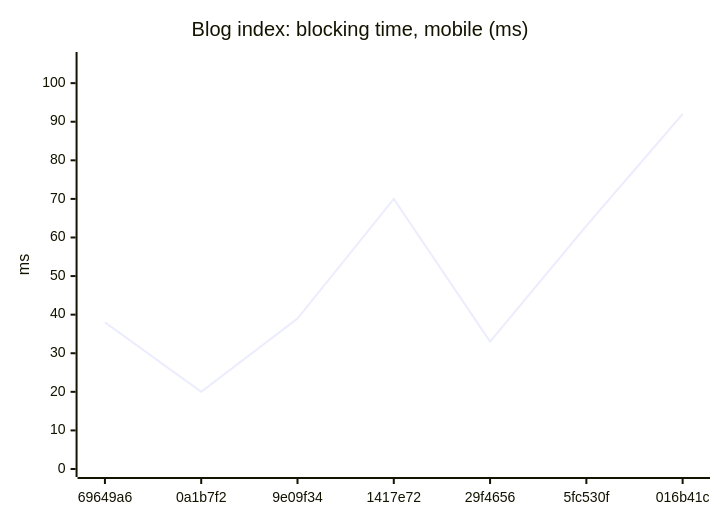
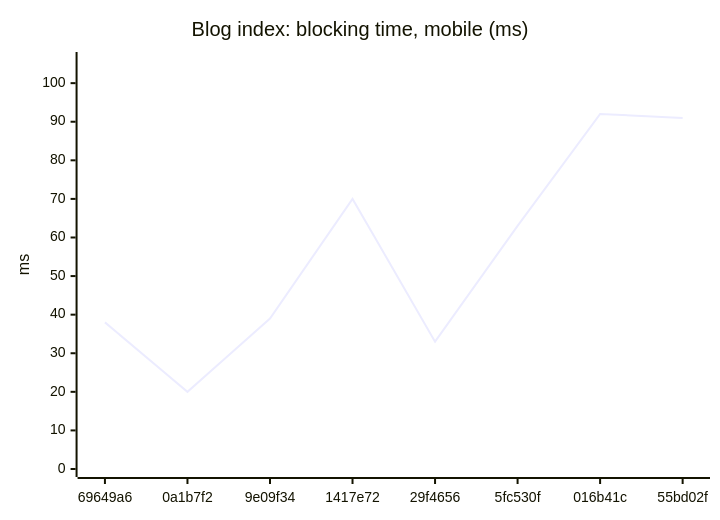
The fourth of 18 diagrams in README.md (AxelUser/maltsev.space), drawn with Mermaid before and after one commit. The commit also changed other lines of this file and 1 other file, not shown here.

````diff
--- a/README.md
+++ b/README.md
@@ -61,7 +61,7 @@
 ```mermaid
 xychart-beta
   title "Blog index: blocking time, mobile (ms)"
-  x-axis ["69649a6", "0a1b7f2", "9e09f34", "1417e72", "29f4656", "5fc530f", "016b41c"]
+  x-axis ["69649a6", "0a1b7f2", "9e09f34", "1417e72", "29f4656", "5fc530f", "016b41c", "55bd02f"]
   y-axis "ms" 0 --> 106
-  line [38, 20, 39, 70, 33, 63, 92]
+  line [38, 20, 39, 70, 33, 63, 92, 91]
 ```
````
